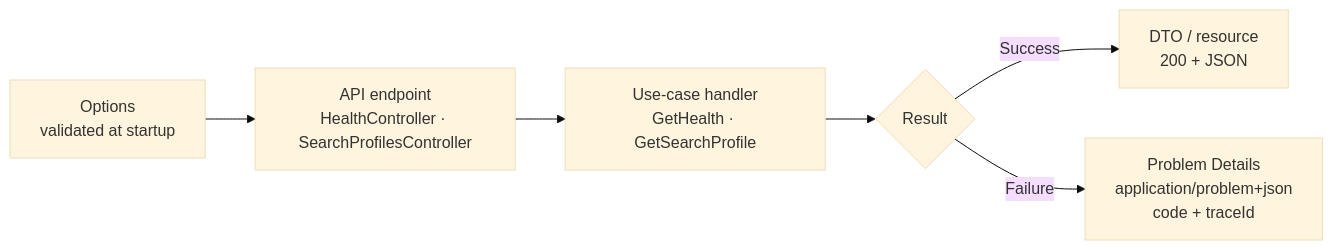
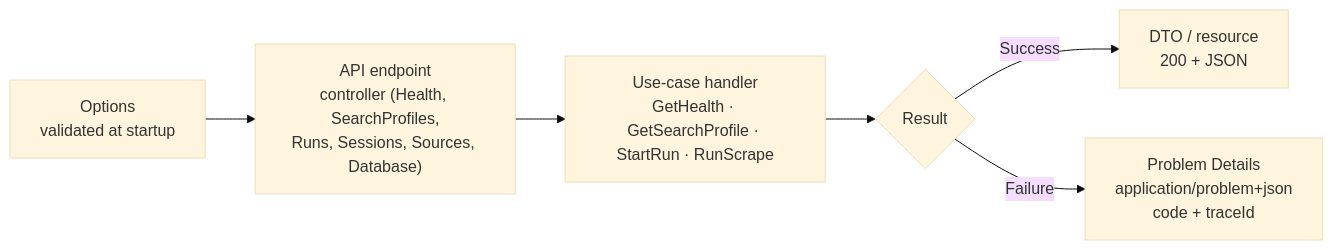
The diagram in docs/14-application-patterns.md (AslamNazeerShaikh/PlaywrightDotNet), drawn with Mermaid (base theme) before and after one commit. The commit also changed other lines of this file and 1 other file, not shown here.

````diff
--- a/docs/14-application-patterns.md
+++ b/docs/14-application-patterns.md
@@ -21,8 +21,8 @@
 ```mermaid
 flowchart LR
-    A["API endpoint<br/>HealthController · SearchProfilesController"] --> B["Use-case handler<br/>GetHealth · GetSearchProfile"]
+    A["API endpoint<br/>controller (Health, SearchProfiles,<br/>Runs, Sessions, Sources, Database)"] --> B["Use-case handler<br/>GetHealth · GetSearchProfile · StartRun · RunScrape"]
     B --> C{"Result"}
     C -->|Success| D["DTO / resource<br/>200 + JSON"]
     C -->|Failure| F["Problem Details<br/>application/problem+json<br/>code + traceId"]
     O["Options<br/>validated at startup"] --> A
 ```
````
